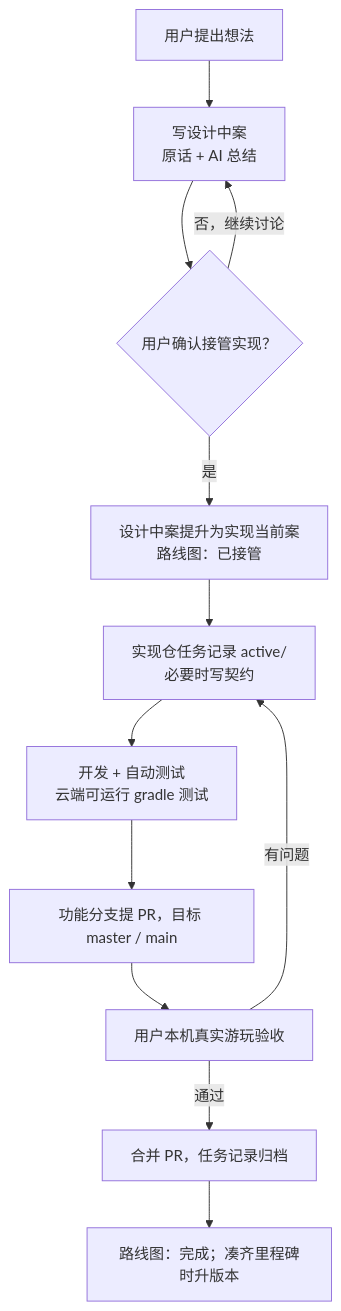
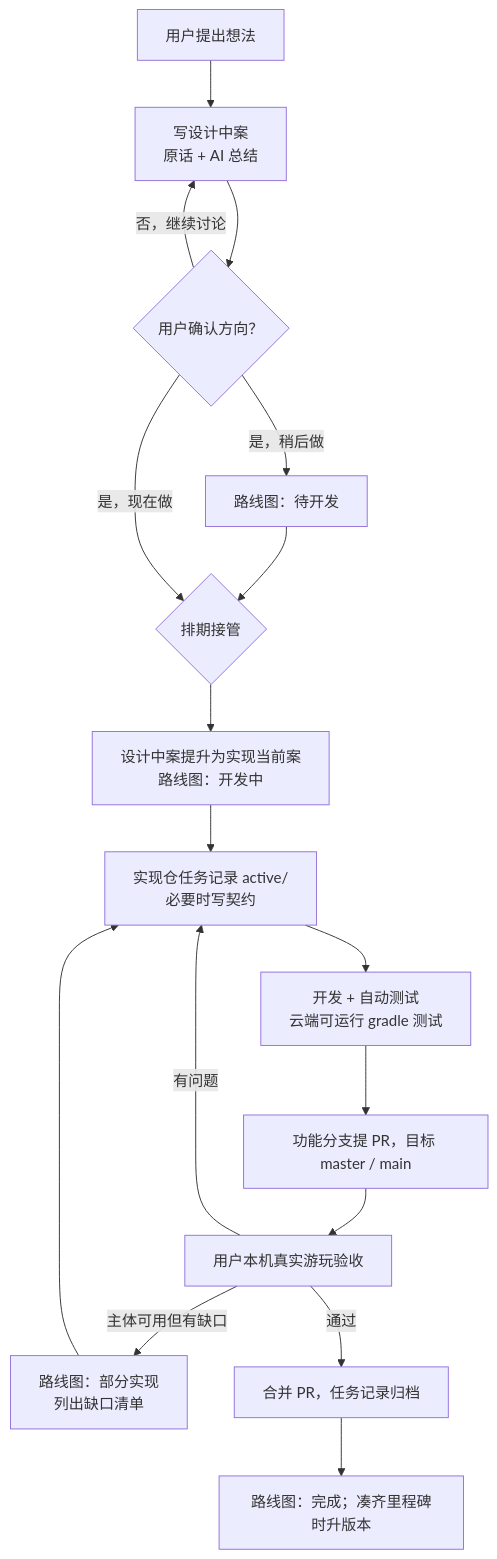
Before and after one commit to RinsingEL/designer_territoryMod: the diagram in docs/00_nav/开发流程.md, drawn with Mermaid. The commit also changed 19 other files, not shown here.

````diff
--- a/docs/00_nav/开发流程.md
+++ b/docs/00_nav/开发流程.md
@@ -5,14 +5,19 @@
 ```mermaid
 flowchart TD
   A[用户提出想法] --> B[写设计中案<br/>原话 + AI 总结]
-  B --> C{用户确认接管实现？}
+  B --> C{用户确认方向？}
   C -->|否，继续讨论| B
-  C -->|是| D[设计中案提升为实现当前案<br/>路线图：已接管]
+  C -->|是，稍后做| W[路线图：待开发]
+  W --> C2{排期接管}
+  C -->|是，现在做| C2
+  C2 --> D[设计中案提升为实现当前案<br/>路线图：开发中]
   D --> E[实现仓任务记录 active/<br/>必要时写契约]
   E --> F[开发 + 自动测试<br/>云端可运行 gradle 测试]
   F --> G[功能分支提 PR，目标 master / main]
   G --> H[用户本机真实游玩验收]
   H -->|有问题| E
+  H -->|主体可用但有缺口| PI[路线图：部分实现<br/>列出缺口清单]
+  PI --> E
   H -->|通过| I[合并 PR，任务记录归档]
   I --> J[路线图：完成；凑齐里程碑时升版本]
 ```
````
